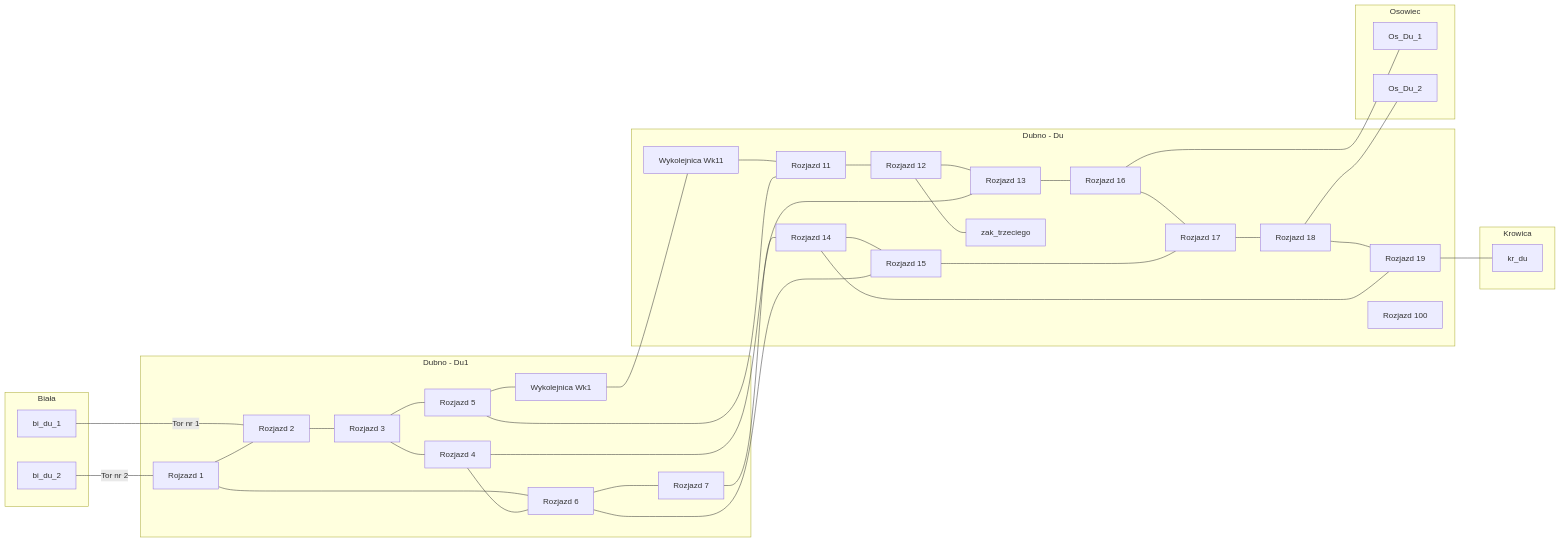
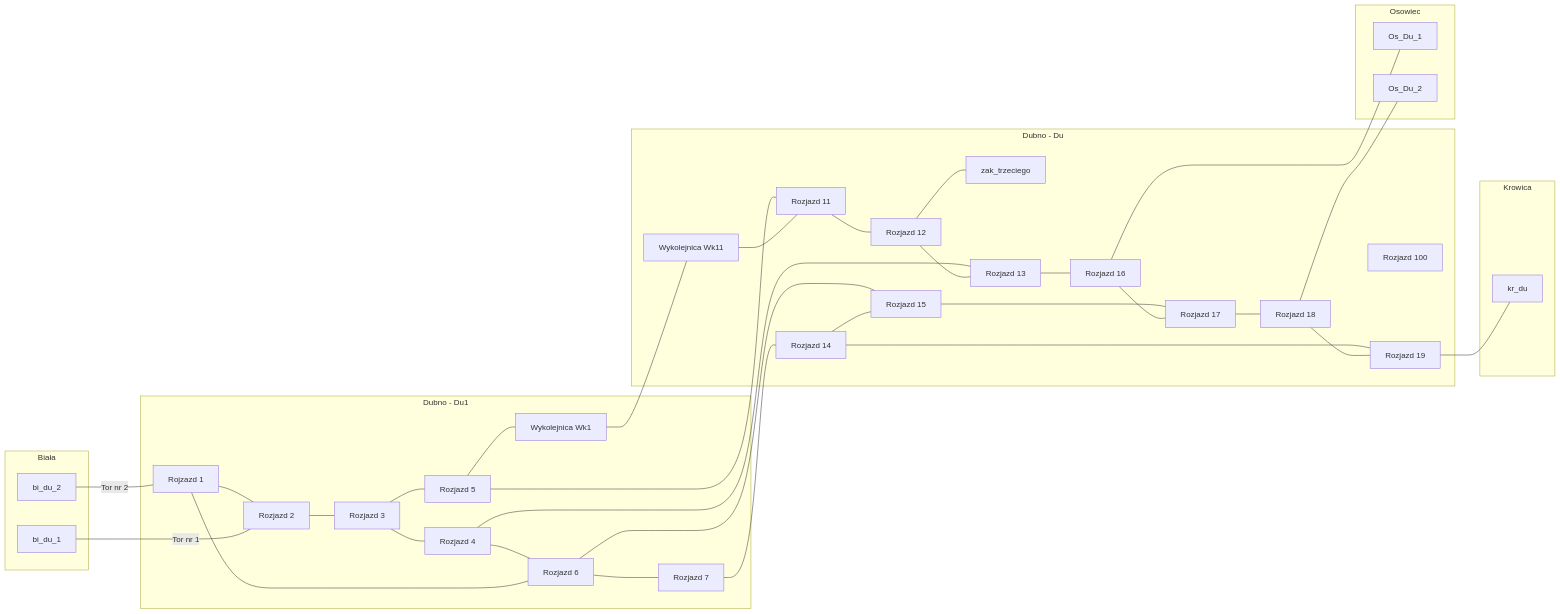
Before and after one commit to tblisty/public_files: the diagram in docs/inzynieria_ruchu/przykladowa_stacja.md, drawn with Mermaid. The commit also changed 1 other file, not shown here.

```diff
--- a/docs/inzynieria_ruchu/przykladowa_stacja.md
+++ b/docs/inzynieria_ruchu/przykladowa_stacja.md
@@ -42,17 +42,22 @@
         Os_Du_2
     end
 
+biala ~~~ du1
+du1 ~~~ du
+du ~~~ krowica
+du ~~~ osowiec
+
 bi_du_2 ---|"Tor nr 2"| rozjazd1
 bi_du_1 ---|"Tor nr 1"| rozjazd2
 rozjazd2     --- rozjazd3
 rozjazd1     --- rozjazd2
+rozjazd1     --- rozjazd6
+rozjazd6     --- rozjazd7
+rozjazd4     --- rozjazd6
 rozjazd3     --- rozjazd4
 rozjazd3     --- rozjazd5
 rozjazd5     --- wykolejnica1
 wykolejnica1 --- wykolejnica11
-rozjazd1     --- rozjazd6
-rozjazd6     --- rozjazd7
-rozjazd4     --- rozjazd6
 
 wykolejnica11 --- rozjazd11
 rozjazd5      --- rozjazd11
```
